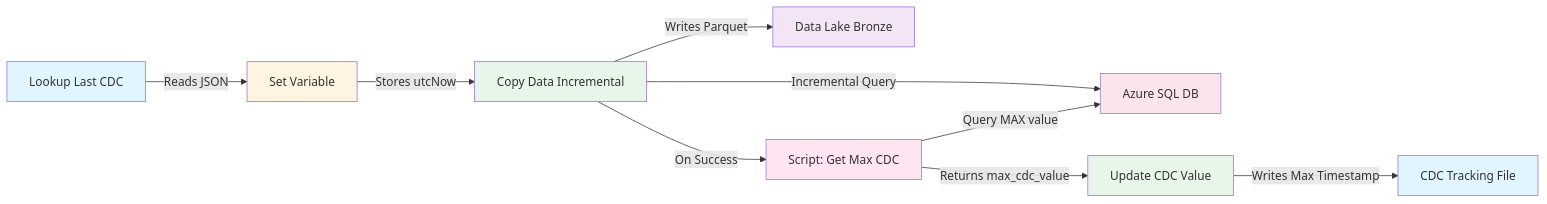
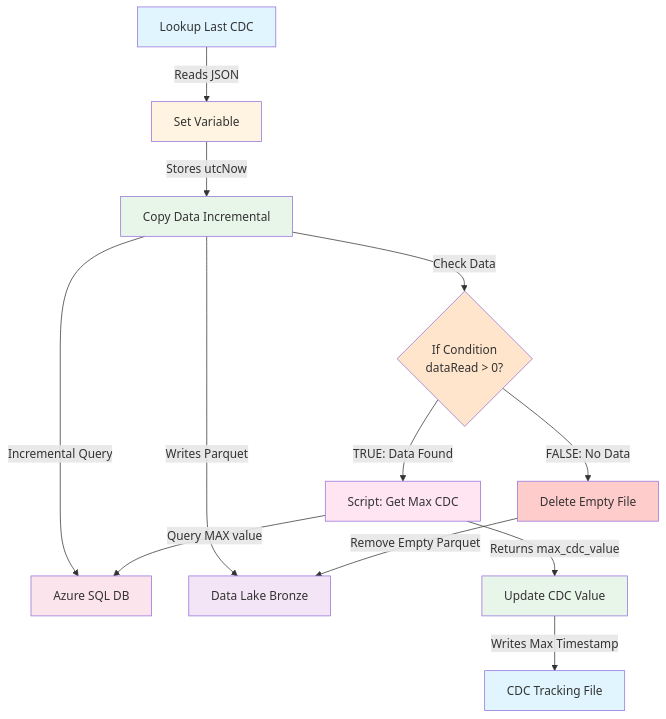
One commit to kisyular/azure-data-engineering changed the diagram in azure-data-engineering-steps.md. Above: the diagram before and after it, drawn with Mermaid. The commit also changed other lines of this file, not shown here.

First line of the commit message:
ADD CONDITIONAL LOGIC FOR EMPTY INCREMENTAL LOADS

````diff
--- a/azure-data-engineering-steps.md
+++ b/azure-data-engineering-steps.md
@@ -1342,20 +1489,27 @@
 ```mermaid
-graph LR
+graph TB
     A[Lookup Last CDC] -->|Reads JSON| B[Set Variable]
     B -->|Stores utcNow| C[Copy Data Incremental]
     C -->|Incremental Query| D[Azure SQL DB]
     C -->|Writes Parquet| E[Data Lake Bronze]
-    C -->|On Success| F[Script: Get Max CDC]
-    F -->|Query MAX value| D
-    F -->|Returns max_cdc_value| G[Update CDC Value]
-    G -->|Writes Max Timestamp| H[CDC Tracking File]
+    C -->|Check Data| F{If Condition<br/>dataRead > 0?}
+    
+    F -->|TRUE: Data Found| G[Script: Get Max CDC]
+    G -->|Query MAX value| D
+    G -->|Returns max_cdc_value| H[Update CDC Value]
+    H -->|Writes Max Timestamp| I[CDC Tracking File]
+    
+    F -->|FALSE: No Data| J[Delete Empty File]
+    J -->|Remove Empty Parquet| E
     
     style A fill:#e1f5ff
     style B fill:#fff4e1
     style C fill:#e8f5e9
     style D fill:#fce4ec
     style E fill:#f3e5f5
-    style F fill:#ffe5f1
-    style G fill:#e8f5e9
-    style H fill:#e1f5ff
+    style F fill:#ffe5cc
+    style G fill:#ffe5f1
+    style H fill:#e8f5e9
+    style I fill:#e1f5ff
+    style J fill:#ffcccc
 ```
````
